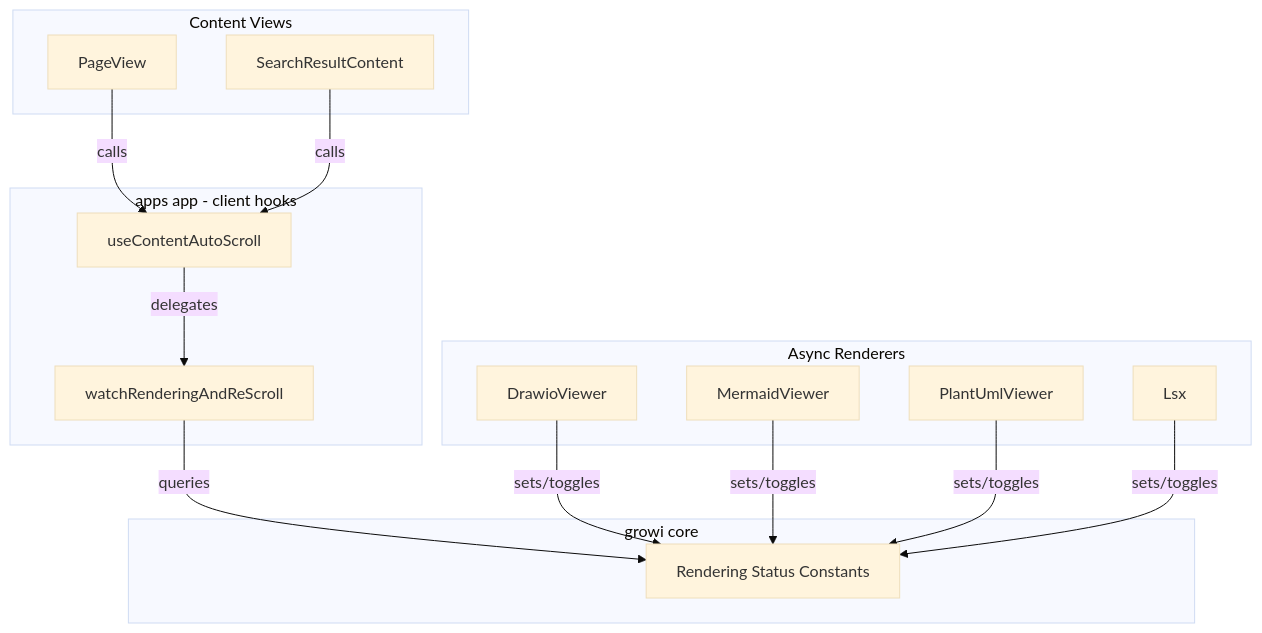
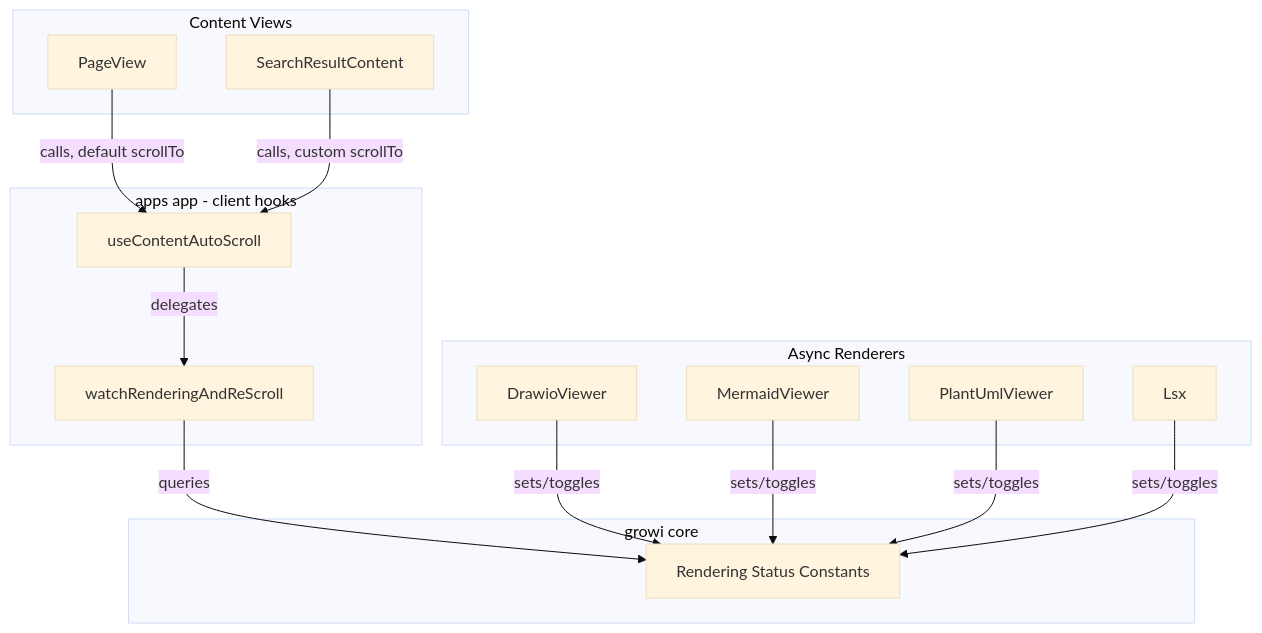
The first of 2 diagrams in .kiro/specs/auto-scroll/design.md (growilabs/growi), drawn with Mermaid (base theme) before and after one commit. The commit also changed other lines of this file and 3 other files, not shown here.

````diff
--- a/.kiro/specs/auto-scroll/design.md
+++ b/.kiro/specs/auto-scroll/design.md
@@ -37,32 +37,32 @@
 ```mermaid
 graph TB
     subgraph growi_core[growi core]
         CONST[Rendering Status Constants]
     end
 
     subgraph apps_app[apps app - client hooks]
         HOOK[useContentAutoScroll]
         WATCH[watchRenderingAndReScroll]
     end
 
     subgraph page_views[Content Views]
         PV[PageView]
         SRC[SearchResultContent]
     end
 
     subgraph renderers[Async Renderers]
         DV[DrawioViewer]
         MV[MermaidViewer]
         PUV[PlantUmlViewer]
         LSX[Lsx]
     end
 
-    PV -->|calls| HOOK
-    SRC -->|calls| HOOK
+    PV -->|calls, default scrollTo| HOOK
+    SRC -->|calls, custom scrollTo| HOOK
     HOOK -->|delegates| WATCH
     WATCH -->|queries| CONST
     DV -->|sets/toggles| CONST
     MV -->|sets/toggles| CONST
     PUV -->|sets/toggles| CONST
     LSX -->|sets/toggles| CONST
 ```
````
